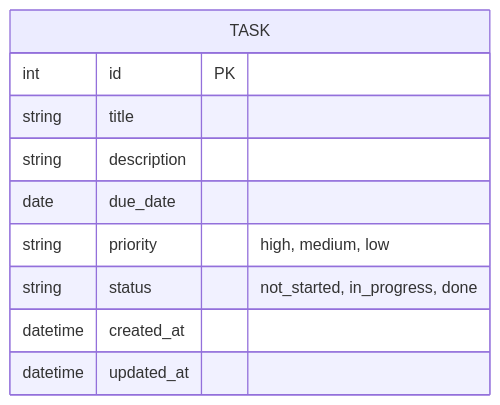
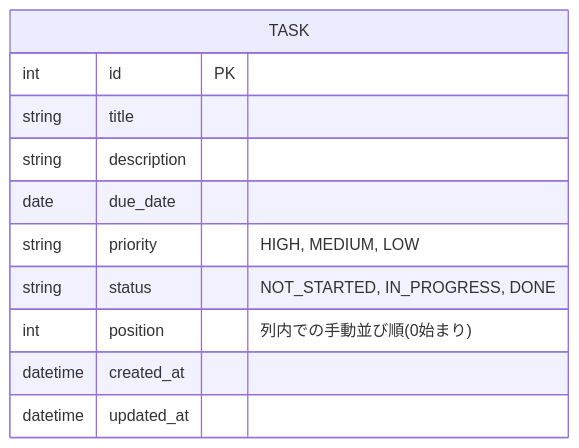
The diagram in docs/data-design.md (jobsaida2020-arch/TaskManagement), drawn with Mermaid before and after one commit. The commit also changed other lines of this file and 4 other files, not shown here.

````diff
--- a/docs/data-design.md
+++ b/docs/data-design.md
@@ -7,13 +7,14 @@
 ```mermaid
 erDiagram
     TASK {
         int id PK
         string title
         string description
         date due_date
-        string priority "high, medium, low"
-        string status "not_started, in_progress, done"
+        string priority "HIGH, MEDIUM, LOW"
+        string status "NOT_STARTED, IN_PROGRESS, DONE"
+        int position "列内での手動並び順(0始まり)"
         datetime created_at
         datetime updated_at
     }
 ```
````
